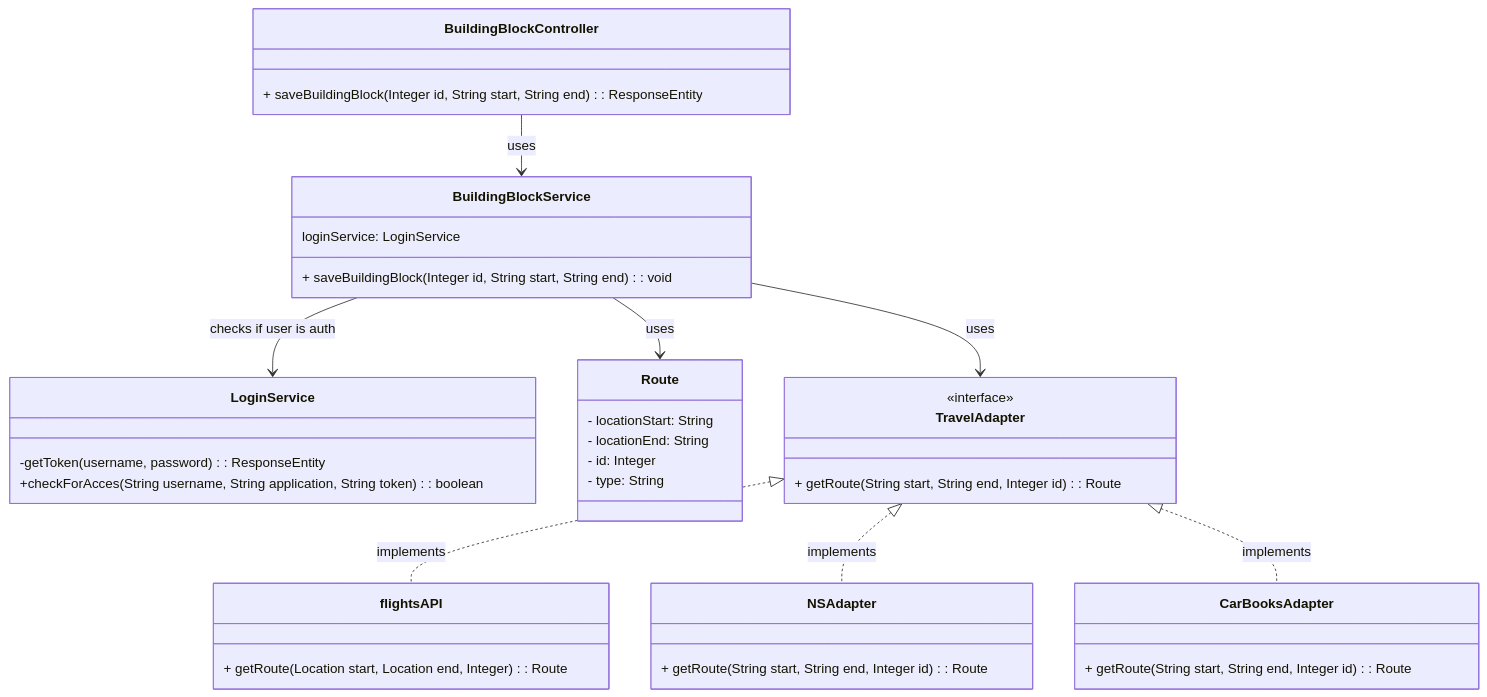
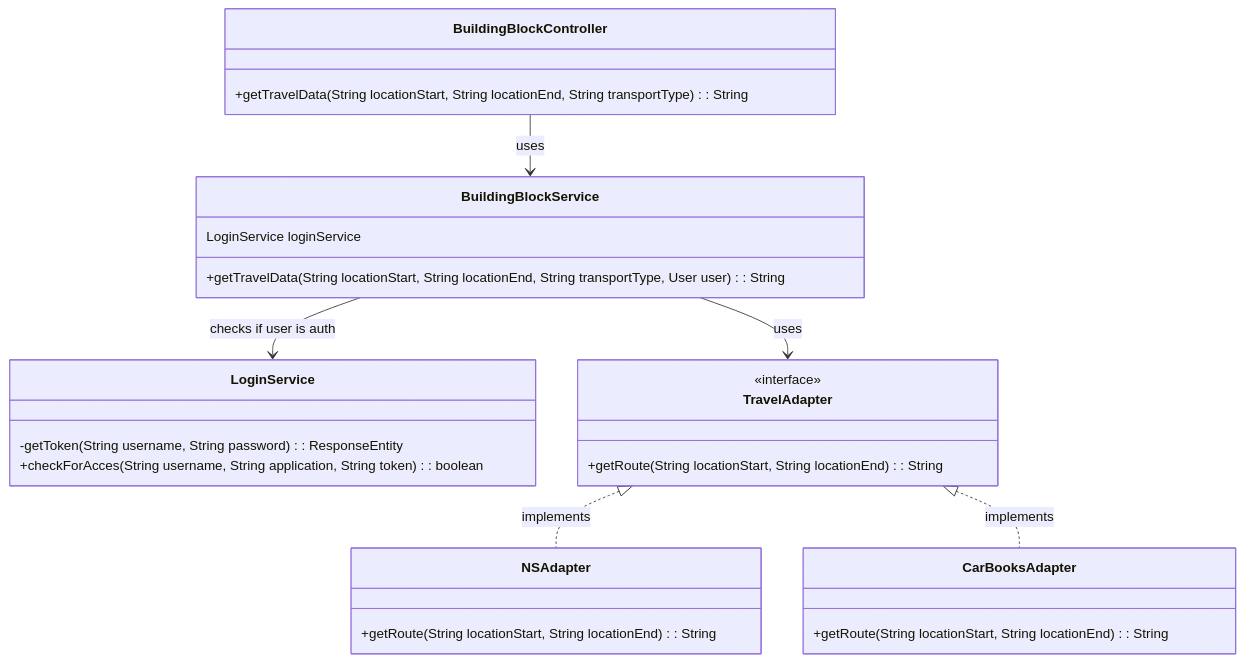
The fifth of 5 diagrams in software-guidebook/README.md (AIM-ENE-feb25/triptop-inshallahboys), drawn with Mermaid before and after one commit. The commit also changed other lines of this file, not shown here.

````diff
--- a/software-guidebook/README.md
+++ b/software-guidebook/README.md
@@ -291,49 +291,36 @@
 ```mermaid
 classDiagram
+    class BuildingBlockController {
+        +getTravelData(String locationStart, String locationEnd, String transportType): String
+    }
 
-class BuildingBlockController {
-    + saveBuildingBlock(Integer id, String start, String end): ResponseEntity<Integer, String>
-}
+    class BuildingBlockService {
+        LoginService loginService
+        +getTravelData(String locationStart, String locationEnd, String transportType, User user): String
+    }
 
-class BuildingBlockService {
-    loginService: LoginService
-    + saveBuildingBlock(Integer id, String start, String end): void
-}
+    class LoginService {
+        -getToken(String username, String password): ResponseEntity<String>
+        +checkForAcces(String username, String application, String token): boolean
+    }
 
-class LoginService{
-    -getToken(username, password) : ResponseEntity<String>
-    +checkForAcces(String username, String application, String token) : boolean
-}
+    class TravelAdapter {
+        <<interface>>
+        +getRoute(String locationStart, String locationEnd): String
+    }
 
-class Route {
-    - locationStart: String
-    - locationEnd: String
-    - id: Integer
-    - type: String
-}
+    class NSAdapter {
+        +getRoute(String locationStart, String locationEnd): String
+    }
 
-class TravelAdapter {
-    <<interface>>
-    + getRoute(String start, String end, Integer id): Route
-}
+    class CarBooksAdapter {
+        +getRoute(String locationStart, String locationEnd): String
+    }
 
-class flightsAPI {
-    + getRoute(Location start, Location end, Integer): Route
-}
+    BuildingBlockController --> BuildingBlockService : uses
+    BuildingBlockService --> LoginService : checks if user is auth
+    BuildingBlockService --> TravelAdapter : uses
 
-class NSAdapter {
-    + getRoute(String start, String end, Integer id): Route
-}
-
-class CarBooksAdapter {
-    + getRoute(String start, String end, Integer id): Route
-}
-
-BuildingBlockController --> BuildingBlockService : uses
-BuildingBlockService --> LoginService : checks if user is auth
-BuildingBlockService --> TravelAdapter : uses
-BuildingBlockService --> Route : uses
-TravelAdapter <|.. flightsAPI : implements
-TravelAdapter <|.. NSAdapter : implements
-TravelAdapter <|.. CarBooksAdapter : implements
+    TravelAdapter <|.. NSAdapter : implements
+    TravelAdapter <|.. CarBooksAdapter : implements
 ```
````
